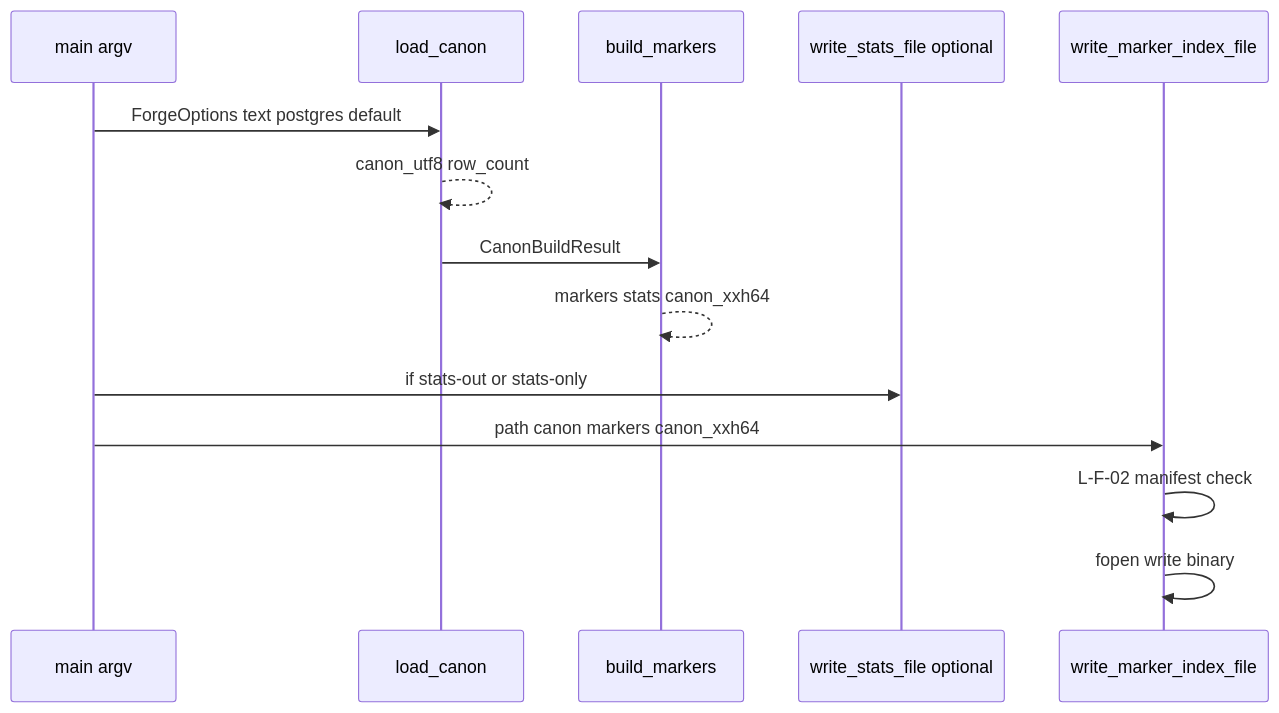
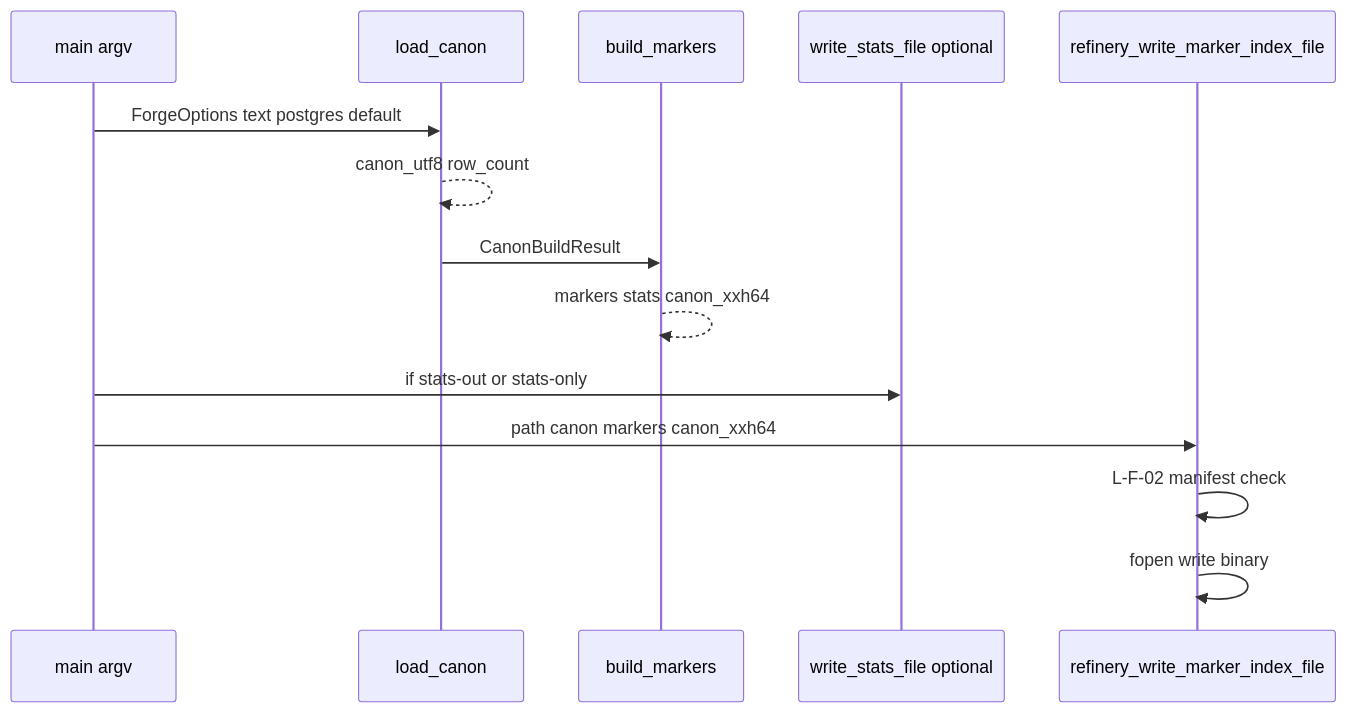
The second of 3 diagrams in docs/CURRENT_STATE.md (aiden-mcfly/refinery-forge), drawn with Mermaid before and after one commit. The commit also changed other lines of this file and 1 other file, not shown here.

````diff
--- a/docs/CURRENT_STATE.md
+++ b/docs/CURRENT_STATE.md
@@ -83,17 +92,17 @@
 ```mermaid
 sequenceDiagram
   participant CLI as main argv
   participant Load as load_canon
   participant Build as build_markers
   participant Stats as write_stats_file optional
-  participant W as write_marker_index_file
+  participant W as refinery_write_marker_index_file
 
   CLI->>Load: ForgeOptions text postgres default
   Load-->>Load: canon_utf8 row_count
   Load->>Build: CanonBuildResult
   Build-->>Build: markers stats canon_xxh64
   CLI->>Stats: if stats-out or stats-only
   CLI->>W: path canon markers canon_xxh64
   W->>W: L-F-02 manifest check
   W->>W: fopen write binary
 ```
````
